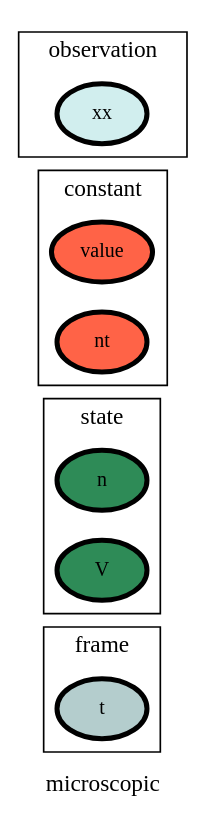
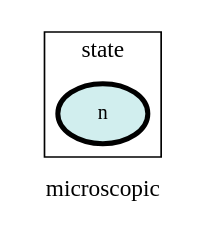
The diagram in ontology_graphs/graph__microscopic.dot (heinz-preisig/processes_distributed_no_interface_eqs), drawn with Graphviz before and after one commit. The commit also changed 86 other files, not shown here.

```diff
--- a/ontology_graphs/graph__microscopic.dot
+++ b/ontology_graphs/graph__microscopic.dot
@@ -1,65 +1,60 @@
 digraph microscopic {
 label=microscopic;
 rankdir=LR;
 subgraph cluster_microscopic___network {
 label=network;
 rankdir=LR;
 }
 
 subgraph cluster_microscopic___differenceOperator {
 label=differenceOperator;
 rankdir=LR;
 }
 
 subgraph cluster_microscopic___frame {
 label=frame;
 rankdir=LR;
-V_1 [fillcolor=lightcyan3, fontsize=12, label=t, penwidth=3, style=filled];
 }
 
 subgraph cluster_microscopic___state {
 label=state;
 rankdir=LR;
-V_2 [fillcolor=seagreen4, fontsize=12, label=n, penwidth=3, style=filled];
-V_3 [fillcolor=seagreen4, fontsize=12, label=V, penwidth=3, style=filled];
+V_1 [fillcolor=lightcyan2, fontsize=12, label=n, penwidth=3, style=filled];
 }
 
 subgraph cluster_microscopic___constant {
 label=constant;
 rankdir=LR;
-V_6 [fillcolor=tomato, fontsize=12, label=value, penwidth=3, style=filled];
-V_7 [fillcolor=tomato, fontsize=12, label=nt, penwidth=3, style=filled];
 }
 
 subgraph cluster_microscopic___effort {
 label=effort;
 rankdir=LR;
 }
 
 subgraph cluster_microscopic___secondaryState {
 label=secondaryState;
 rankdir=LR;
 }
 
 subgraph cluster_microscopic___diffState {
 label=diffState;
 rankdir=LR;
 }
 
 subgraph cluster_microscopic___conversion {
 label=conversion;
 rankdir=LR;
 }
 
 subgraph cluster_microscopic___controlInput {
 label=controlInput;
 rankdir=LR;
 }
 
 subgraph cluster_microscopic___observation {
 label=observation;
 rankdir=LR;
-V_9 [fillcolor=lightcyan2, fontsize=12, label=xx, penwidth=3, style=filled];
 }
 
 }
```
